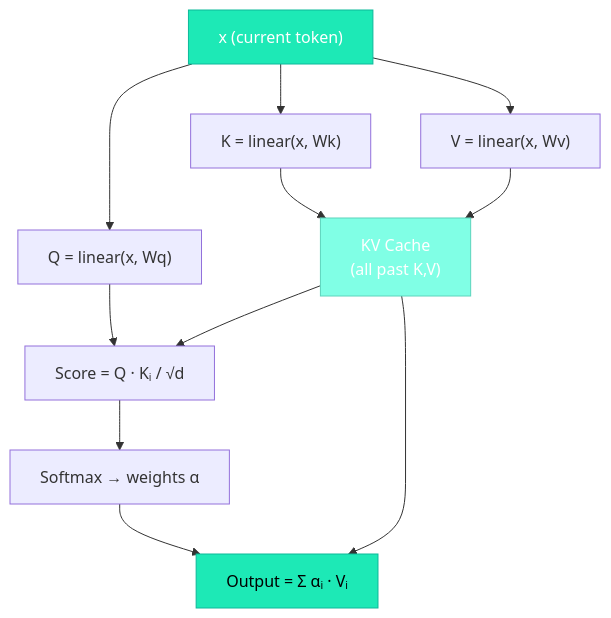
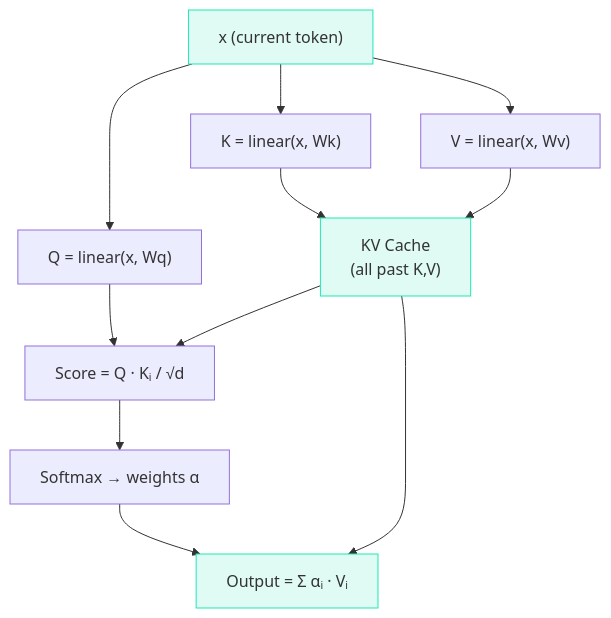
Before and after one commit to iamkhalid2/microgpt-course: the diagram in docs/03-the-architecture/05-attention.md, drawn with Mermaid. The commit also changed 21 other files, not shown here.

Commit message:
Fix Mermaid: remove hardcoded text color (theme-adaptive), add mobile scrolling, fix \\n to br

````diff
--- a/docs/03-the-architecture/05-attention.md
+++ b/docs/03-the-architecture/05-attention.md
@@ -93,17 +93,17 @@
 ```mermaid
 flowchart TD
     X["x (current token)"] --> Q["Q = linear(x, Wq)"]
     X --> K["K = linear(x, Wk)"]
     X --> V["V = linear(x, Wv)"]
-    K --> CACHE["KV Cache\n(all past K,V)"]
+    K --> CACHE["KV Cache<br>(all past K,V)"]
     V --> CACHE
     Q --> SCORE["Score = Q · Kᵢ / √d"]
     CACHE --> SCORE
     SCORE --> SM["Softmax → weights α"]
     SM --> BLEND["Output = Σ αᵢ · Vᵢ"]
     CACHE --> BLEND
 
-    style X fill:#1de9b6,stroke:#0db99a,color:#fff
-    style BLEND fill:#1de9b6,stroke:#0db99a,color:#000
-    style CACHE fill:#80ffe5,stroke:#5cd4bc,color:#fff
+    style X fill:#e0faf4,stroke:#1de9b6
+    style BLEND fill:#e0faf4,stroke:#1de9b6
+    style CACHE fill:#e0faf4,stroke:#1de9b6
 ```
````
